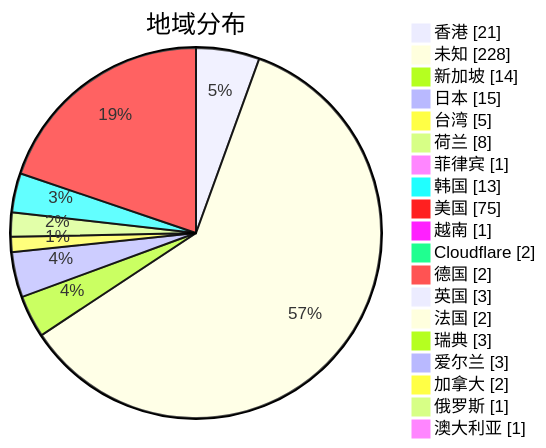
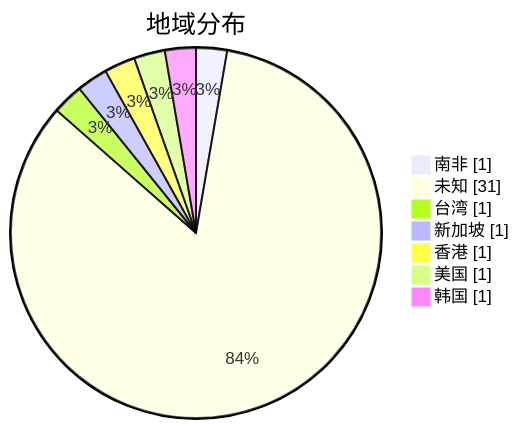
The second of 3 diagrams in subs/statistics/tested_within.md (qjlxg/airport), drawn with Mermaid before and after one commit. The commit also changed other lines of this file and 2 other files, not shown here.

Commit message:
Tested by metaST

````diff
--- a/subs/statistics/tested_within.md
+++ b/subs/statistics/tested_within.md
@@ -15,23 +10,11 @@
 ```mermaid
 pie showData
 title 地域分布
-"香港" : 21
-"未知" : 228
-"新加坡" : 14
-"日本" : 15
-"台湾" : 5
-"荷兰" : 8
-"菲律宾" : 1
-"韩国" : 13
-"美国" : 75
-"越南" : 1
-"Cloudflare" : 2
-"德国" : 2
-"英国" : 3
-"法国" : 2
-"瑞典" : 3
-"爱尔兰" : 3
-"加拿大" : 2
-"俄罗斯" : 1
-"澳大利亚" : 1
+"南非" : 1
+"未知" : 31
+"台湾" : 1
+"新加坡" : 1
+"香港" : 1
+"美国" : 1
+"韩国" : 1
 ```
````
